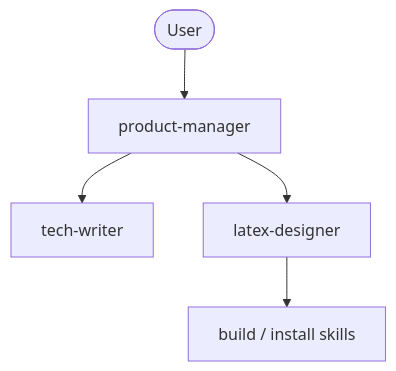
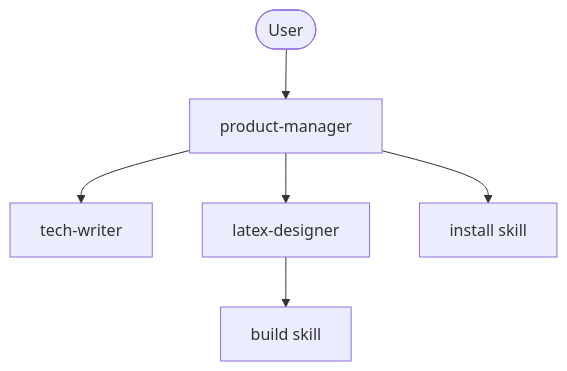
The diagram in AGENTS.md (psds-cpp/psds-build-systems-docs), drawn with Mermaid before and after one commit. The commit also changed other lines of this file and 4 other files, not shown here.

````diff
--- a/AGENTS.md
+++ b/AGENTS.md
@@ -6,7 +6,8 @@
 ```mermaid
 graph TD
     User([User]) --> PM[product-manager]
     PM --> TW[tech-writer]
     PM --> LD[latex-designer]
-    LD --> Build[build / install skills]
+    LD --> Build[build skill]
+    PM --> Install[install skill]
 ```
````
